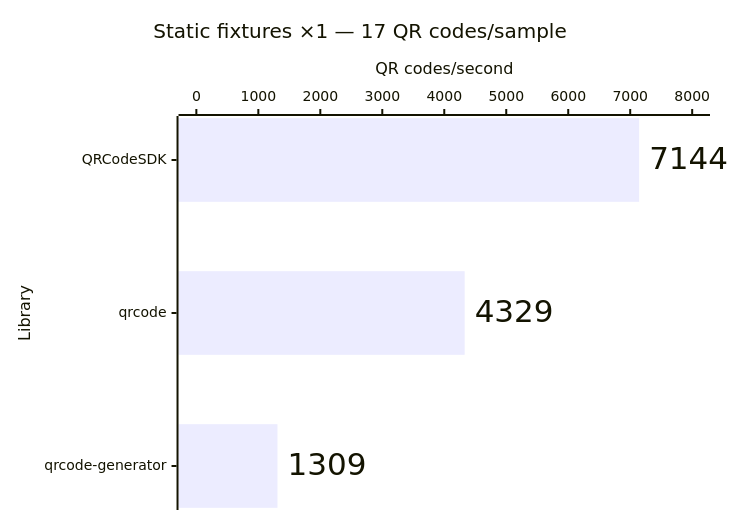
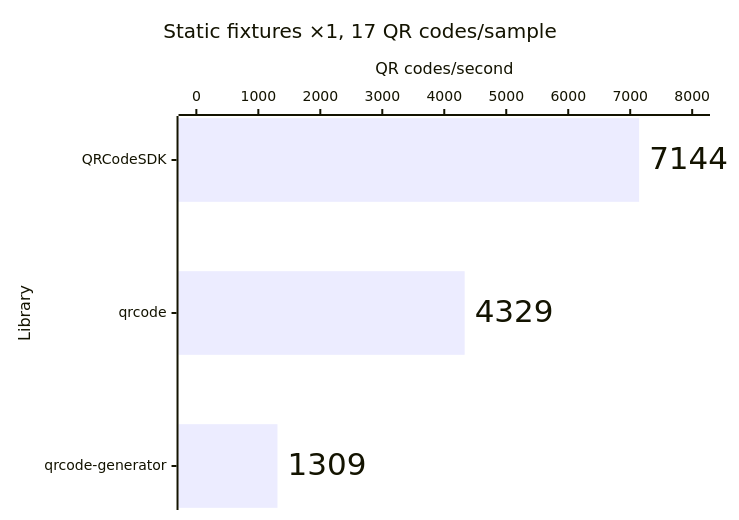
The eighth of 14 diagrams in apps/docs/src/content/docs/learn/performance.md (Dafnik/qrcodesdk), drawn with Mermaid before and after one commit. The commit also changed other lines of this file and 86 other files, not shown here.

````diff
--- a/apps/docs/src/content/docs/learn/performance.md
+++ b/apps/docs/src/content/docs/learn/performance.md
@@ -182,15 +182,15 @@
 ```mermaid
 ---
 config:
   xyChart:
     showDataLabel: true
     showDataLabelOutsideBar: true
 ---
 xychart horizontal
-  accTitle: SVG generation: Static fixtures ×1 — 17 QR codes/sample
+  accTitle: SVG generation, Static fixtures ×1, 17 QR codes/sample
   accDescr: Throughput calculated from median time. QRCodeSDK 7,144 QR codes per second, qrcode 4,329 QR codes per second, qrcode-generator 1,309 QR codes per second. Higher is better.
-  title "Static fixtures ×1 — 17 QR codes/sample"
+  title "Static fixtures ×1, 17 QR codes/sample"
   x-axis "Library" ["QRCodeSDK", "qrcode", "qrcode-generator"]
   y-axis "QR codes/second" 0 --> 8000
   bar [7144, 4329, 1309]
 ```
````
